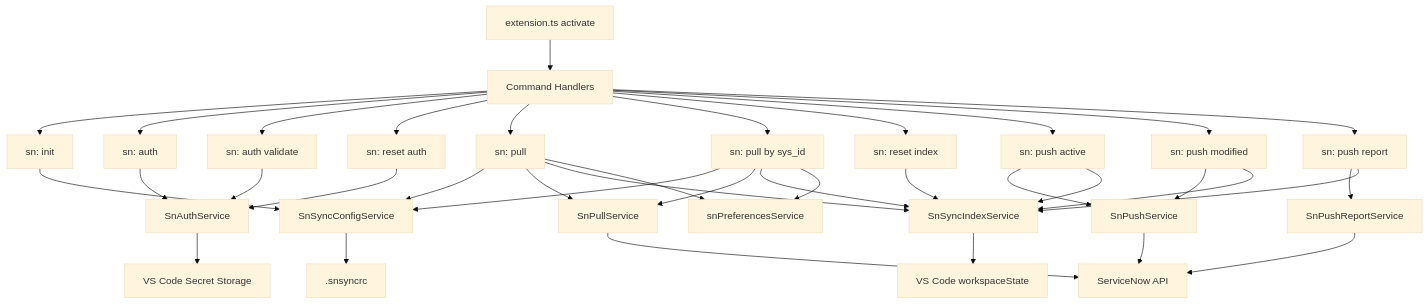
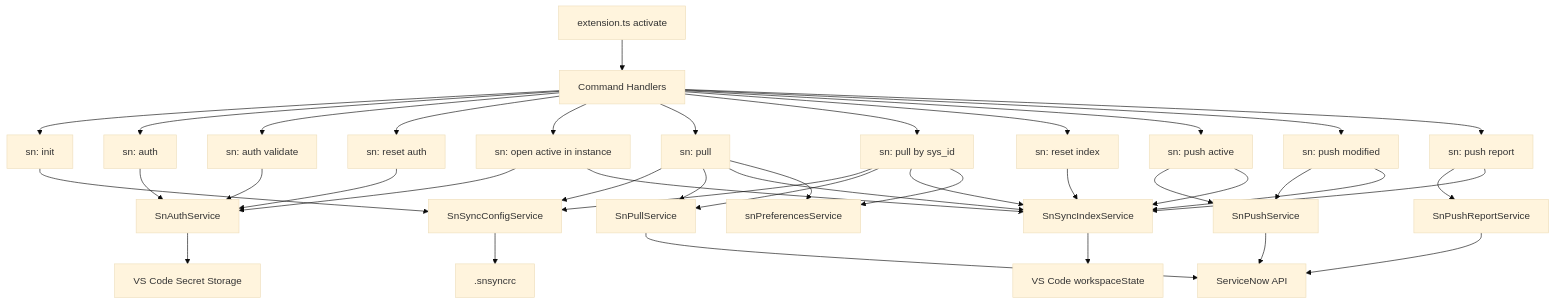
The diagram in docs/architecture.md (AlexAlvarez092/sn-sync), drawn with Mermaid (base theme) before and after one commit. The commit also changed other lines of this file and 4 other files, not shown here.

Commit message:
feat(docs): add documentation for 'open active in instance' command and update related files

````diff
--- a/docs/architecture.md
+++ b/docs/architecture.md
@@ -161,49 +168,52 @@
 ```mermaid
 flowchart TD
   EXT[extension.ts activate] --> CMD[Command Handlers]
 
   CMD --> INIT[sn: init]
   CMD --> AUTH[sn: auth]
   CMD --> AUTHV[sn: auth validate]
   CMD --> AUTHR[sn: reset auth]
+  CMD --> OPEN[sn: open active in instance]
   CMD --> PULL[sn: pull]
   CMD --> PULLID[sn: pull by sys_id]
   CMD --> RESET[sn: reset index]
   CMD --> PUSHA[sn: push active]
   CMD --> PUSHM[sn: push modified]
   CMD --> PUSHR[sn: push report]
 
   INIT --> CFG[SnSyncConfigService]
   AUTH --> AUTHS[SnAuthService]
   AUTHV --> AUTHS
   AUTHR --> AUTHS
+  OPEN --> AUTHS
+  OPEN --> INDEX
 
   PULL --> CFG
   PULL --> PULLS[SnPullService]
   PULL --> INDEX[SnSyncIndexService]
   PULL --> PREF[snPreferencesService]
 
   PULLID --> CFG
   PULLID --> PULLS
   PULLID --> INDEX
   PULLID --> PREF
 
   RESET --> INDEX
 
   PUSHA --> PUSHS[SnPushService]
   PUSHA --> INDEX
 
   PUSHM --> PUSHS
   PUSHM --> INDEX
 
   PUSHR --> REP[SnPushReportService]
   PUSHR --> INDEX
 
   PULLS --> SN[ServiceNow API]
   PUSHS --> SN
   REP --> SN
 
   INDEX --> WS[VS Code workspaceState]
   AUTHS --> SEC[VS Code Secret Storage]
   CFG --> RC[.snsyncrc]
 ```
````
